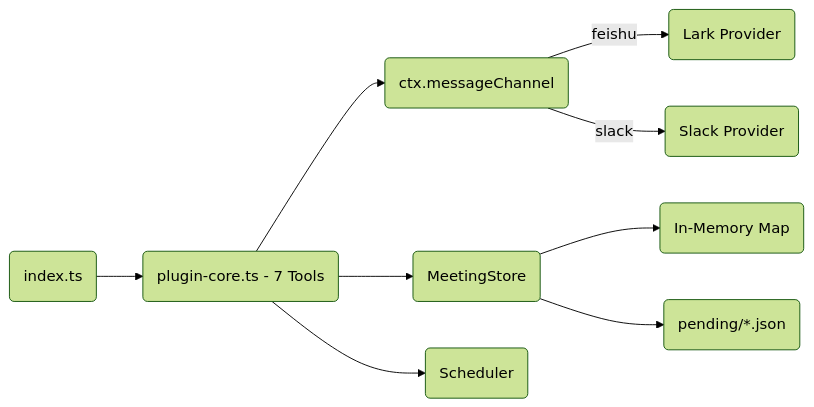
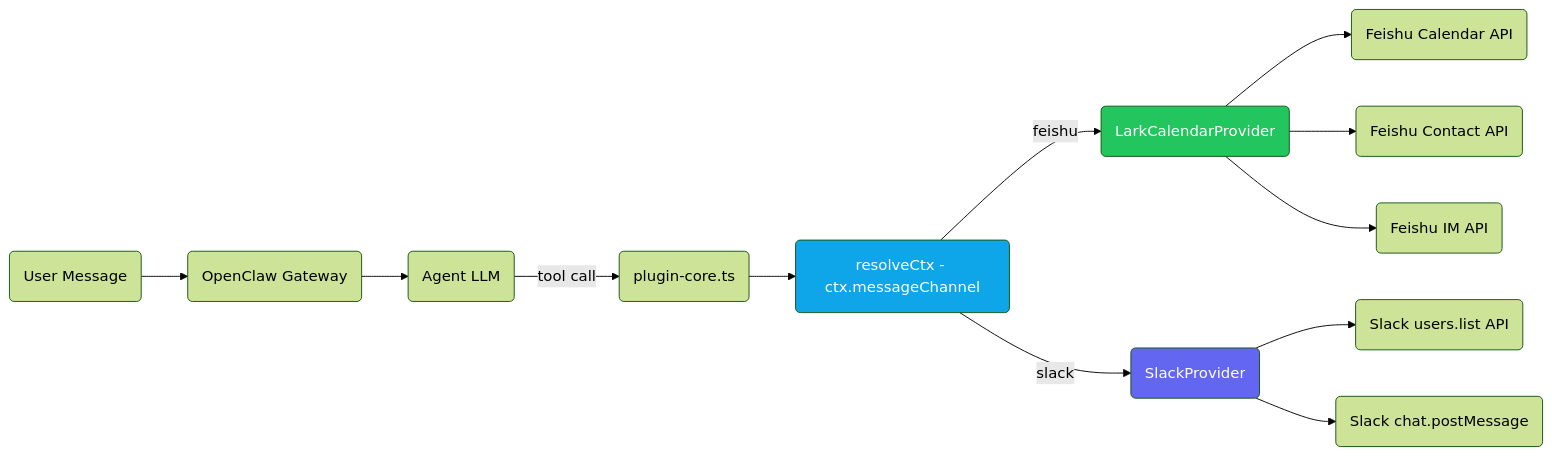
Before and after one commit to javana3/claw_meeting_all: the second of 13 diagrams in README.md, drawn with Mermaid (forest theme). The commit also changed other lines of this file and 4 other files, not shown here.

First line of the commit message:
docs: rewrite all 5 READMEs with detailed Plugin/Skill flow + diff

````diff
--- a/README.md
+++ b/README.md
@@ -90,11 +66,18 @@
 ```mermaid
 graph LR
-    IDX(index.ts) --> CORE(plugin-core.ts - 7 Tools)
-    CORE --> ROUTER(ctx.messageChannel)
-    ROUTER -->|feishu| LP(Lark Provider)
-    ROUTER -->|slack| SP(Slack Provider)
-    CORE --> STORE(MeetingStore)
-    STORE --> MEM(In-Memory Map)
-    STORE --> DISK(pending/*.json)
-    CORE --> SCH(Scheduler)
+    MSG(User Message) --> GW(OpenClaw Gateway)
+    GW --> AGENT(Agent LLM)
+    AGENT -->|tool call| CORE(plugin-core.ts)
+    CORE --> CTX(resolveCtx - ctx.messageChannel)
+    CTX -->|feishu| LP(LarkCalendarProvider)
+    CTX -->|slack| SP(SlackProvider)
+    LP --> LAPI(Feishu Calendar API)
+    LP --> LDIR(Feishu Contact API)
+    LP --> LDM(Feishu IM API)
+    SP --> SDIR(Slack users.list API)
+    SP --> SDM(Slack chat.postMessage)
+
+    style CTX fill:#0ea5e9,color:#fff
+    style LP fill:#22c55e,color:#fff
+    style SP fill:#6366f1,color:#fff
 ```
````
